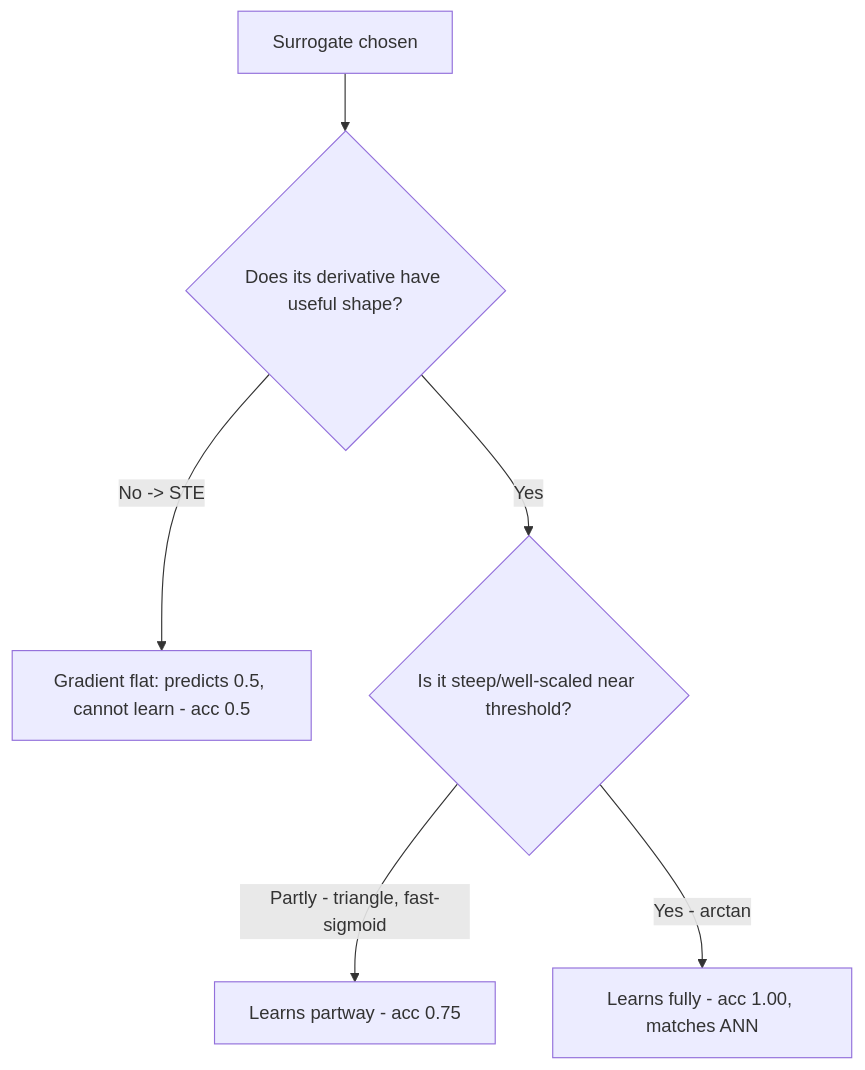
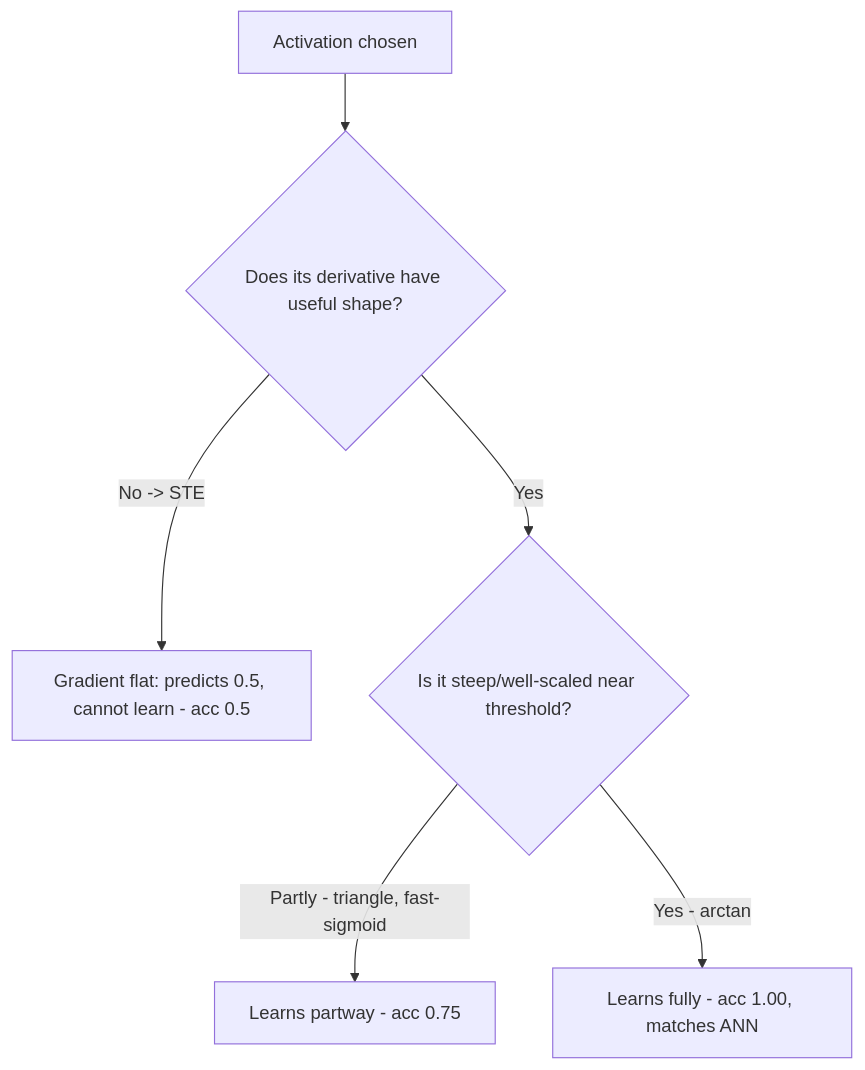
Before and after one commit to rishavghosh605/snn-experiment-lab: the diagram in experiment-three/notes/experiment-3-notes.md, drawn with Mermaid. The commit also changed other lines of this file and 6 other files, not shown here.

````diff
--- a/experiment-three/notes/experiment-3-notes.md
+++ b/experiment-three/notes/experiment-3-notes.md
@@ -59,8 +66,8 @@
 ```mermaid
 flowchart TD
-    A[Surrogate chosen] --> B{Does its derivative have useful shape?}
+    A[Activation chosen] --> B{Does its derivative have useful shape?}
     B -- No -> STE --> C[Gradient flat: predicts 0.5, cannot learn - acc 0.5]
     B -- Yes --> D{Is it steep/well-scaled near threshold?}
     D -- Partly - triangle, fast-sigmoid --> E[Learns partway - acc 0.75]
     D -- Yes - arctan --> F[Learns fully - acc 1.00, matches ANN]
 ```
````
